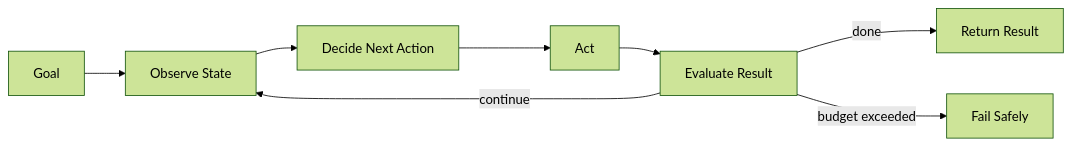
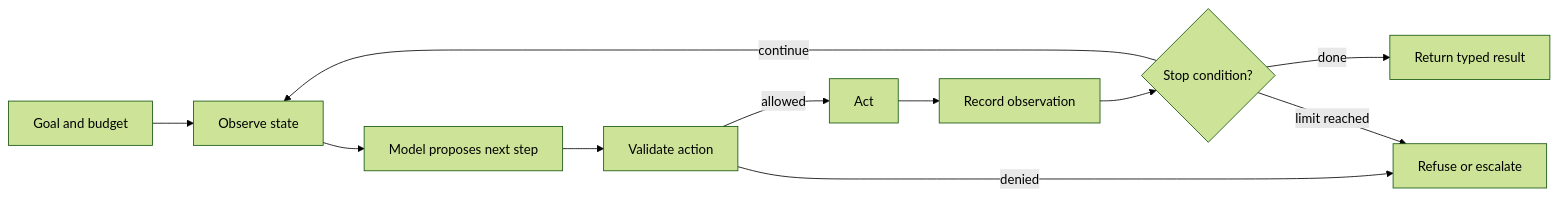
One commit to GTuritto/Agentic-Systems-Patterns changed the diagram in agent-loop-pattern/README.md. Above: the diagram before and after it, drawn with Mermaid (forest theme). The commit also changed other lines of this file and 1 other file, not shown here.

````diff
--- a/agent-loop-pattern/README.md
+++ b/agent-loop-pattern/README.md
@@ -21,10 +27,13 @@
 ```mermaid
 flowchart LR
-  G[Goal] --> O[Observe State]
-  O --> D[Decide Next Action]
-  D --> A[Act]
-  A --> E[Evaluate Result]
-  E -->|continue| O
-  E -->|done| R[Return Result]
-  E -->|budget exceeded| F[Fail Safely]
+  G[Goal and budget] --> O[Observe state]
+  O --> D[Model proposes next step]
+  D --> V[Validate action]
+  V -->|allowed| A[Act]
+  V -->|denied| X[Refuse or escalate]
+  A --> R[Record observation]
+  R --> S{Stop condition?}
+  S -->|continue| O
+  S -->|done| F[Return typed result]
+  S -->|limit reached| X
 ```
````
